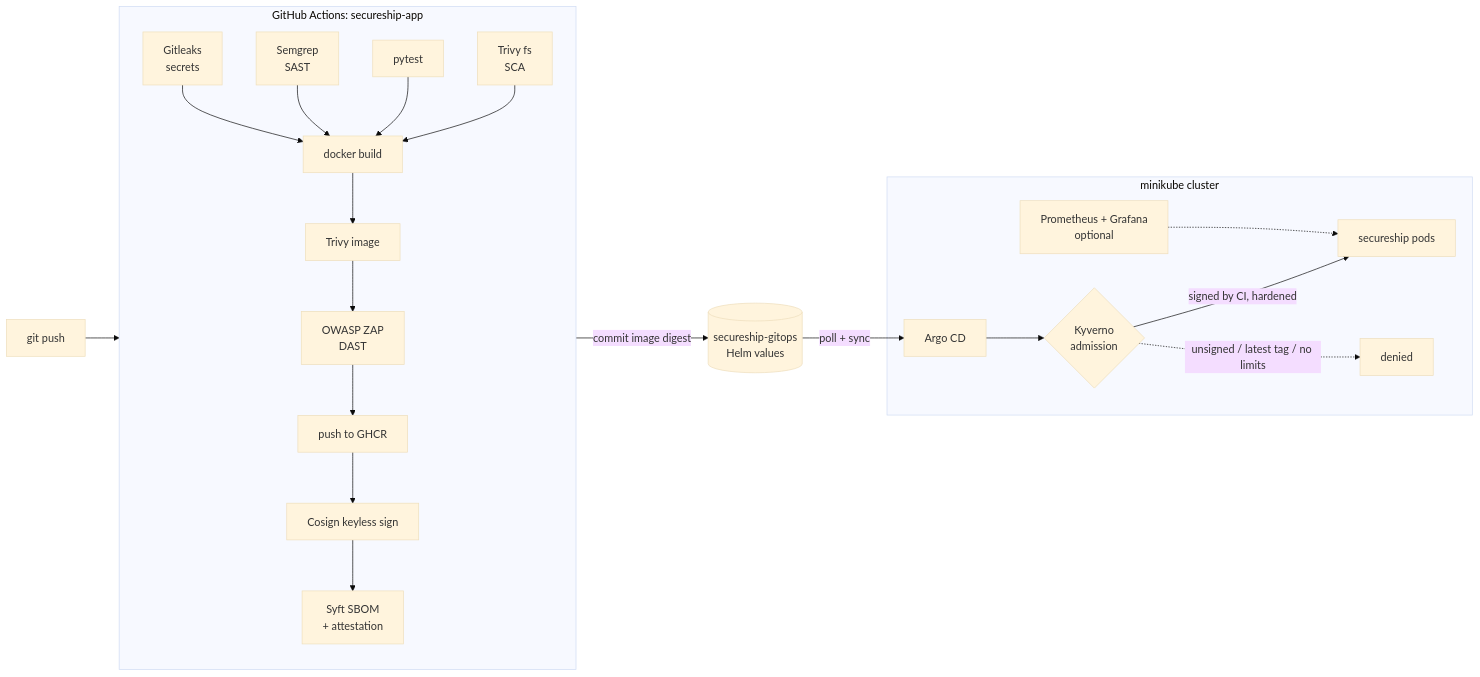
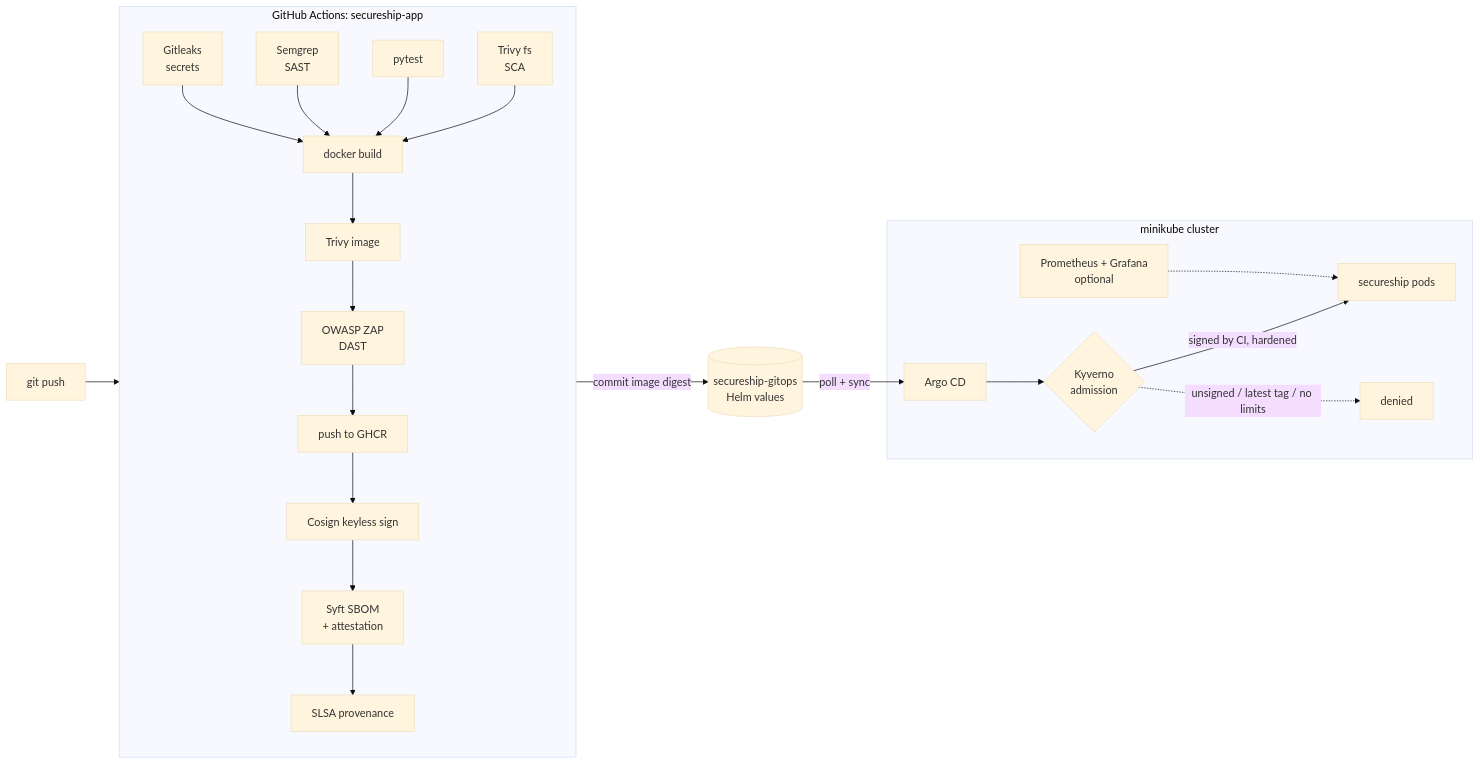
One commit to ArpitSinghal-DevOps/secureship-app changed the diagram in README.md. Above: the diagram before and after it, drawn with Mermaid (base theme). The commit also changed other lines of this file and 2 other files, not shown here.

First line of the commit message:
ci: SLSA provenance, self-verification, ordered promotion; pin base image (#5)

````diff
--- a/README.md
+++ b/README.md
@@ -11,24 +11,24 @@
 ```mermaid
 flowchart LR
   dev[git push] --> ci
 
   subgraph ci[GitHub Actions: secureship-app]
     direction TB
     gl[Gitleaks<br/>secrets] --> b
     sg[Semgrep<br/>SAST] --> b
     t[pytest] --> b
     tf[Trivy fs<br/>SCA] --> b
     b[docker build] --> ti[Trivy image] --> zap[OWASP ZAP<br/>DAST] --> push[push to GHCR]
-    push --> sign[Cosign keyless sign] --> sbom[Syft SBOM<br/>+ attestation]
+    push --> sign[Cosign keyless sign] --> sbom[Syft SBOM<br/>+ attestation] --> prov[SLSA provenance]
   end
 
-  sbom -->|commit image digest| gitops[(secureship-gitops<br/>Helm values)]
+  prov -->|commit image digest| gitops[(secureship-gitops<br/>Helm values)]
   gitops -->|poll + sync| argo
 
   subgraph k8s[minikube cluster]
     argo[Argo CD] --> kyv{Kyverno<br/>admission}
     kyv -->|signed by CI, hardened| app[secureship pods]
     kyv -. unsigned / latest tag / no limits .-> deny[denied]
     prom[Prometheus + Grafana<br/>optional] -.-> app
   end
 ```
````
